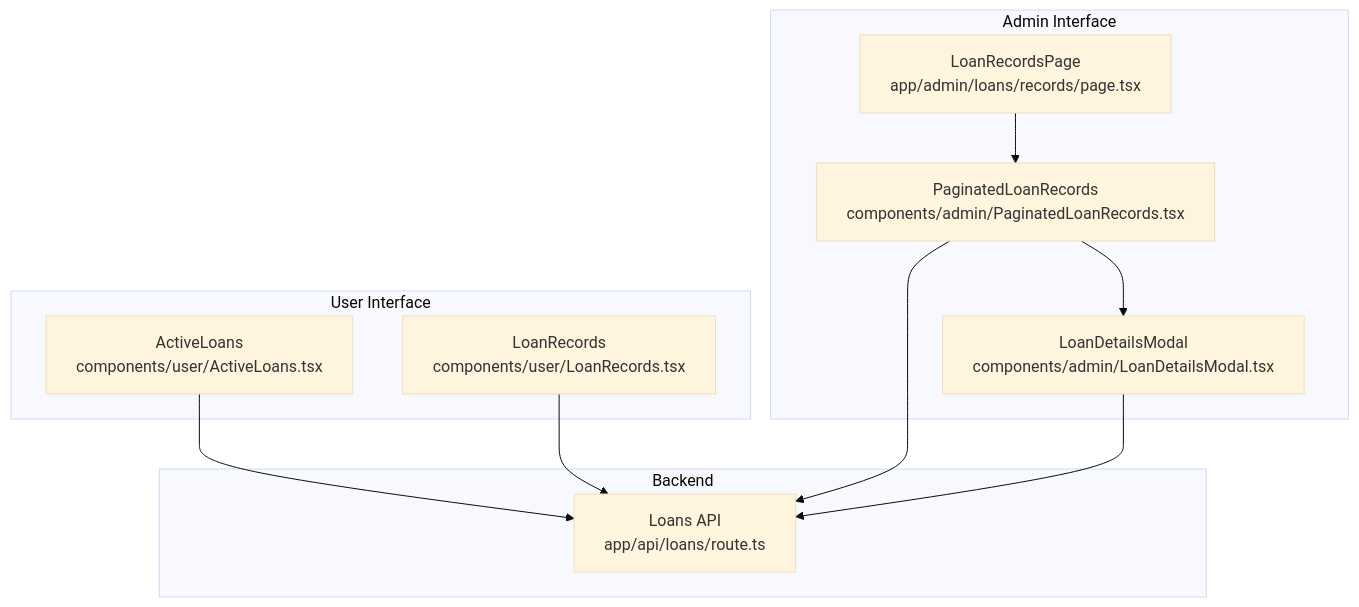
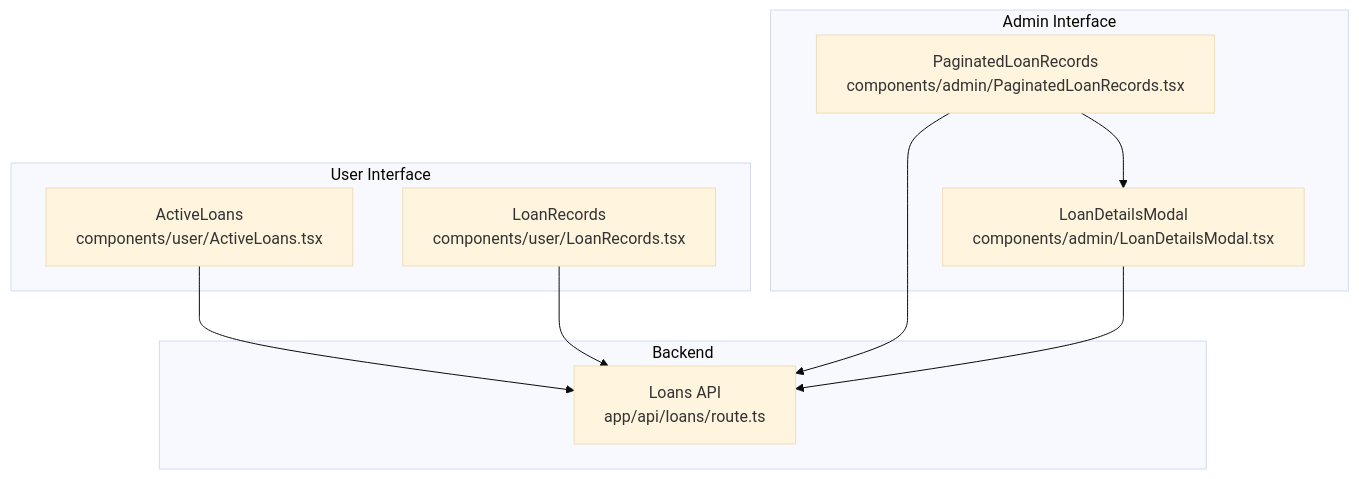
The first of 6 diagrams in .qoder/repowiki/en/content/Loan Management System/Loan Tracking and Monitoring.md (Unsure-bry/sampacoop_system), drawn with Mermaid (base theme) before and after one commit. The commit also changed other lines of this file and 6 other files, not shown here.

````diff
--- a/.qoder/repowiki/en/content/Loan Management System/Loan Tracking and Monitoring.md
+++ b/.qoder/repowiki/en/content/Loan Management System/Loan Tracking and Monitoring.md
@@ -43,21 +50,19 @@
 ```mermaid
 graph TB
 subgraph "User Interface"
 AL["ActiveLoans<br/>components/user/ActiveLoans.tsx"]
 LR["LoanRecords<br/>components/user/LoanRecords.tsx"]
 end
 subgraph "Admin Interface"
 PLR["PaginatedLoanRecords<br/>components/admin/PaginatedLoanRecords.tsx"]
 LDM["LoanDetailsModal<br/>components/admin/LoanDetailsModal.tsx"]
-LRP["LoanRecordsPage<br/>app/admin/loans/records/page.tsx"]
 end
 subgraph "Backend"
 API["Loans API<br/>app/api/loans/route.ts"]
 end
 AL --> API
 LR --> API
 PLR --> LDM
-LRP --> PLR
 PLR --> API
 LDM --> API
 ```
````
